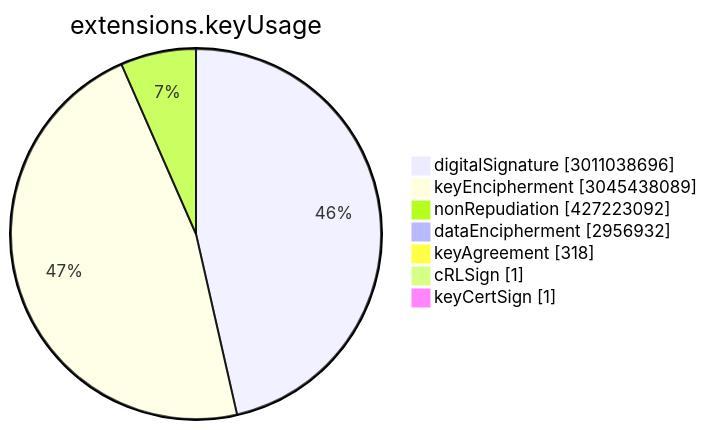
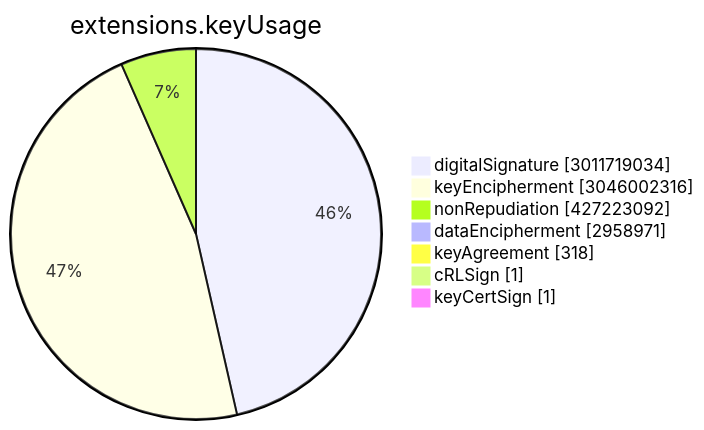
One commit to christiankrug/ctmonitor_visualization changed the sixth of 15 diagrams in TOTAL/README.md. Above: the diagram before and after it, drawn with Mermaid. The commit also changed other lines of this file, not shown here.

````diff
--- a/TOTAL/README.md
+++ b/TOTAL/README.md
@@ -3075,11 +3075,11 @@
 ```mermaid
 pie showData
 title extensions.keyUsage
-"digitalSignature" :3011038696
-"keyEncipherment" :3045438089
+"digitalSignature" :3011719034
+"keyEncipherment" :3046002316
 "nonRepudiation" :427223092
-"dataEncipherment" :2956932
+"dataEncipherment" :2958971
 "keyAgreement" :318
 "cRLSign" :1
 "keyCertSign" :1
 ```
````
